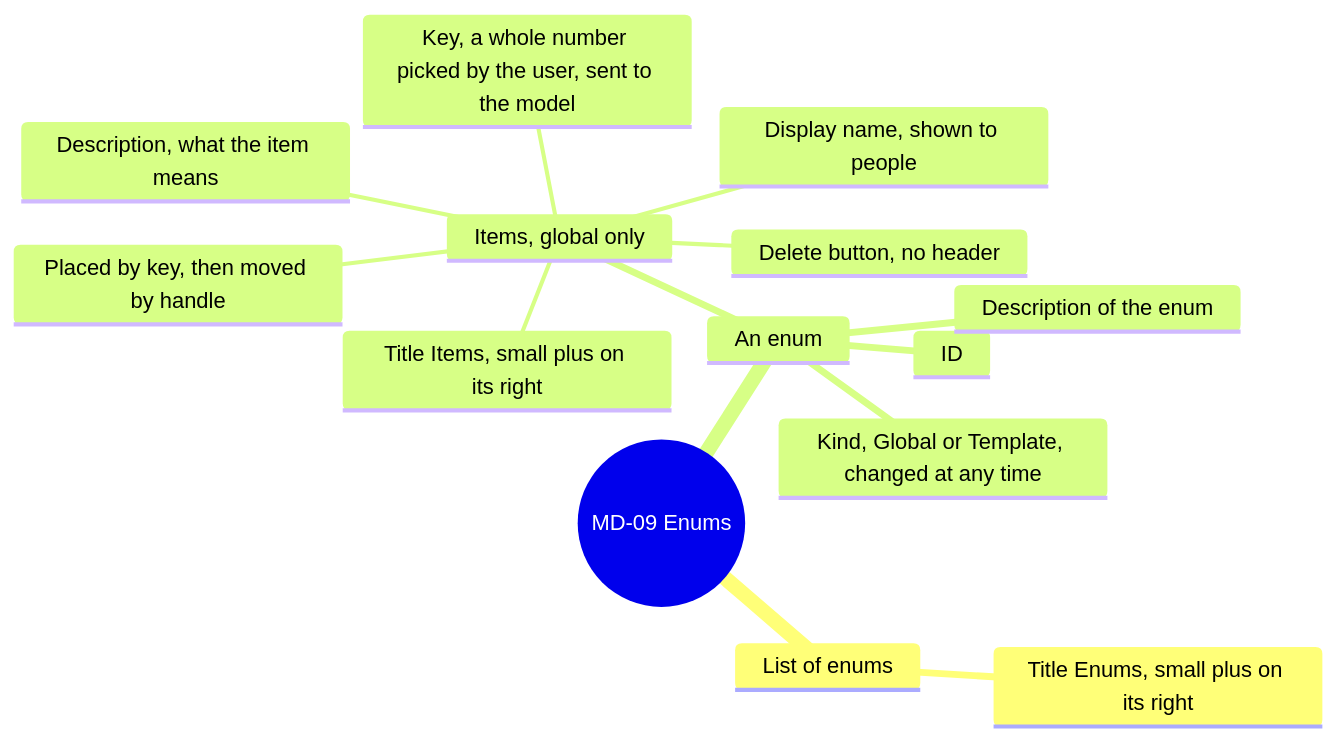
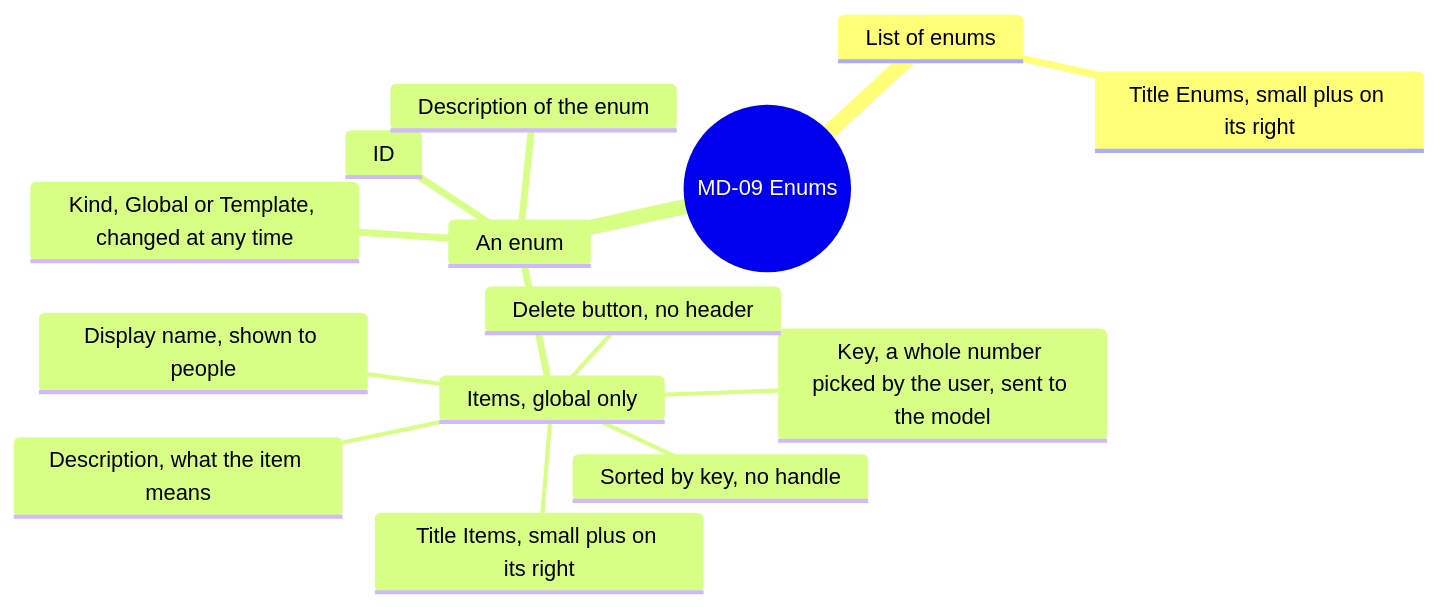
Diagram 15 of 16 in screens/metadata.md (AlexandreGallais/synoptic-studio-spec), drawn with Mermaid before and after one commit. The commit also changed other lines of this file and 4 other files, not shown here.

````diff
--- a/screens/metadata.md
+++ b/screens/metadata.md
@@ -503,17 +502,17 @@
 ```mermaid
 mindmap
   root((MD-09 Enums))
     List of enums
       Title Enums, small plus on its right
     An enum
       ID
       Kind, Global or Template, changed at any time
       Description of the enum
       Items, global only
         Title Items, small plus on its right
         Key, a whole number picked by the user, sent to the model
         Display name, shown to people
         Description, what the item means
         Delete button, no header
-        Placed by key, then moved by handle
+        Sorted by key, no handle
 ```
````
